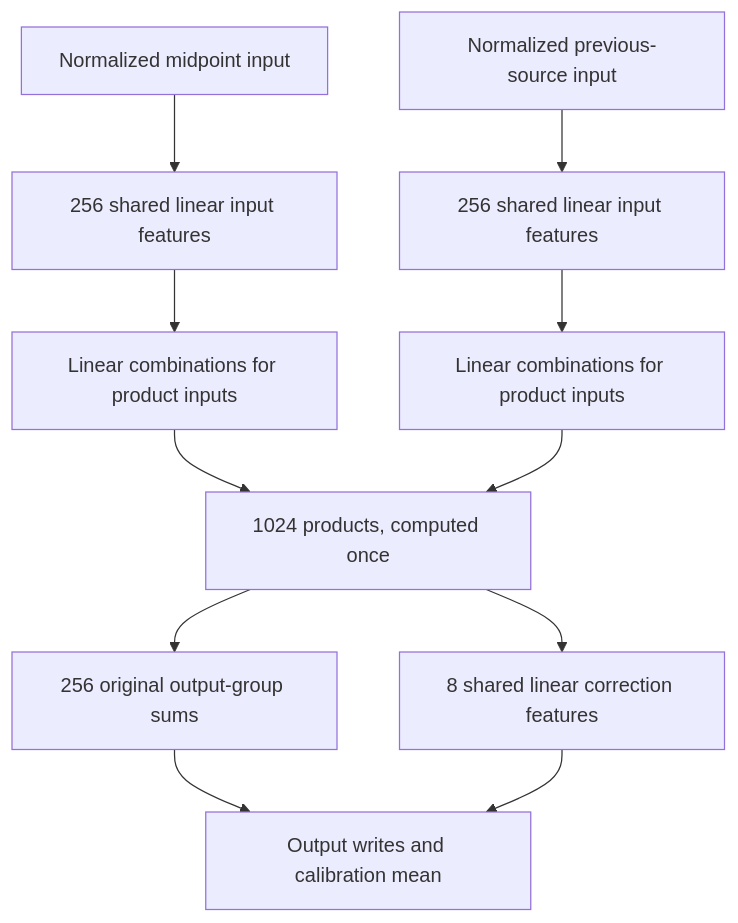
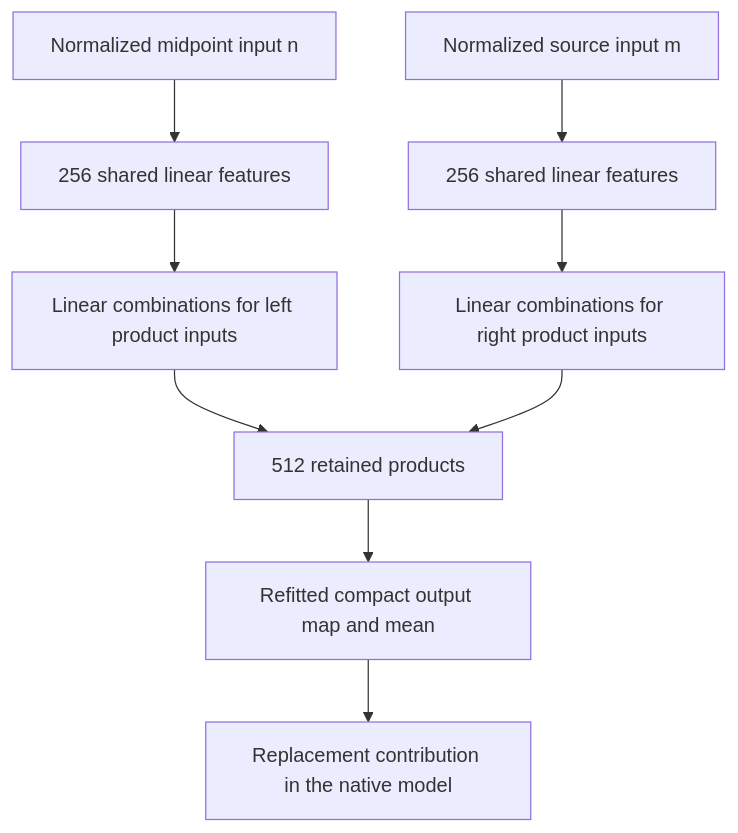
One commit to loganriggs/tensor_language changed the second of 2 diagrams in basis_aligned/polynomial_causal/explanations/for_logan/research_update_2026-09-21_0104_full_coverage_and_shared_baselines.md. Above: the diagram before and after it, drawn with Mermaid. The commit also changed other lines of this file and 7 other files, not shown here.

Commit message:
Clarify decomposition trajectory and test input-role symmetry with output refitting

````diff
--- a/basis_aligned/polynomial_causal/explanations/for_logan/research_update_2026-09-21_0104_full_coverage_and_shared_baselines.md
+++ b/basis_aligned/polynomial_causal/explanations/for_logan/research_update_2026-09-21_0104_full_coverage_and_shared_baselines.md
@@ -152,13 +166,11 @@
 ```mermaid
 flowchart TD
- N[Normalized midpoint input] --> PN[256 shared linear input features]
- M[Normalized previous-source input] --> PM[256 shared linear input features]
- PN --> A[Linear combinations for product inputs]
- PM --> B[Linear combinations for product inputs]
- A --> P[1024 products, computed once]
- B --> P
- P --> G[256 original output-group sums]
- P --> C[8 shared linear correction features]
- G --> Y[Output writes and calibration mean]
- C --> Y
+    N[Normalized midpoint input n] --> A[256 shared linear features]
+    M[Normalized source input m] --> B[256 shared linear features]
+    A --> C[Linear combinations for left product inputs]
+    B --> D[Linear combinations for right product inputs]
+    C --> E[512 retained products]
+    D --> E
+    E --> F[Refitted compact output map and mean]
+    F --> G[Replacement contribution in the native model]
 ```
````
